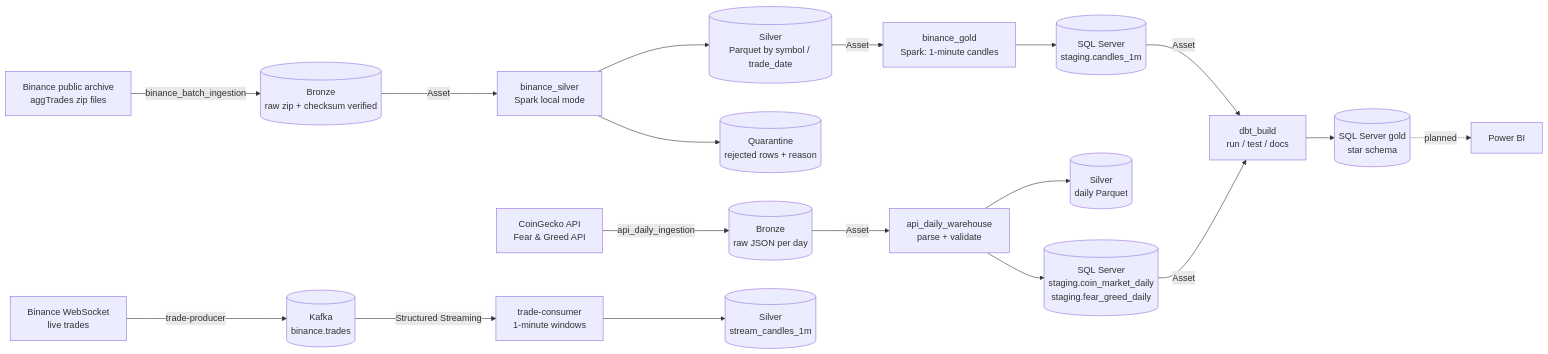
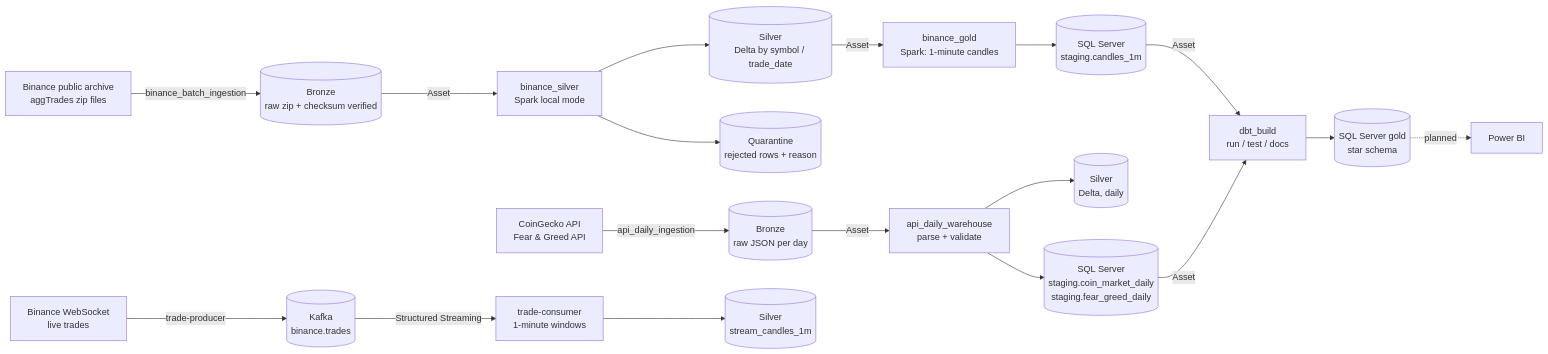
The first of 2 diagrams in README.md (yusuf-kamal/crypto-platform), drawn with Mermaid before and after one commit. The commit also changed other lines of this file and 11 other files, not shown here.

First line of the commit message:
feat: Silver on Delta Lake, with replaceWhere instead of blind overwrites

````diff
--- a/README.md
+++ b/README.md
@@ -53,20 +54,20 @@
 ```mermaid
 flowchart LR
     A[Binance public archive<br/>aggTrades zip files] -->|binance_batch_ingestion| B[(Bronze<br/>raw zip + checksum verified)]
     B -->|Asset| C[binance_silver<br/>Spark local mode]
-    C --> D[(Silver<br/>Parquet by symbol / trade_date)]
+    C --> D[(Silver<br/>Delta by symbol / trade_date)]
     C --> Q[(Quarantine<br/>rejected rows + reason)]
     D -->|Asset| E[binance_gold<br/>Spark: 1-minute candles]
     E --> F[(SQL Server<br/>staging.candles_1m)]
     F -->|Asset| N[dbt_build<br/>run / test / docs]
     N --> G[(SQL Server gold<br/>star schema)]
     I[CoinGecko API<br/>Fear & Greed API] -->|api_daily_ingestion| J[(Bronze<br/>raw JSON per day)]
     J -->|Asset| K[api_daily_warehouse<br/>parse + validate]
-    K --> L[(Silver<br/>daily Parquet)]
+    K --> L[(Silver<br/>Delta, daily)]
     K --> M[(SQL Server<br/>staging.coin_market_daily<br/>staging.fear_greed_daily)]
     M -->|Asset| N
     S[Binance WebSocket<br/>live trades] -->|trade-producer| T[(Kafka<br/>binance.trades)]
     T -->|Structured Streaming| U[trade-consumer<br/>1-minute windows]
     U --> V[(Silver<br/>stream_candles_1m)]
     G -.->|planned| H[Power BI]
 ```
````
